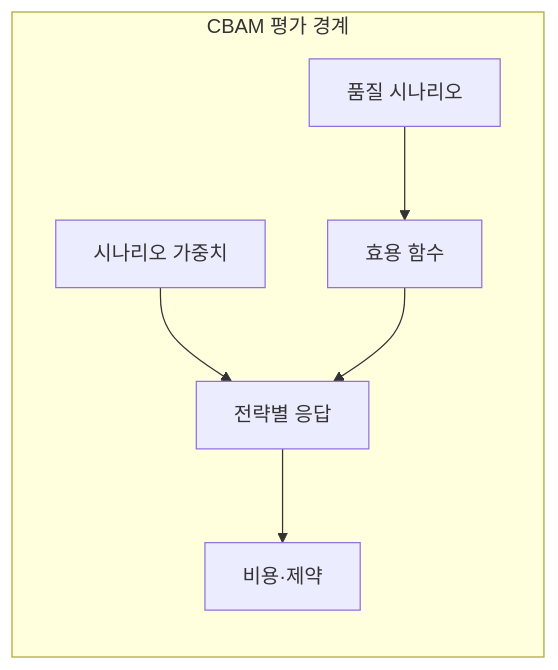
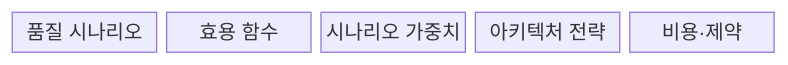
Before and after one commit to agnusdei1207/knowledge-base: the first of 2 diagrams in src/content/docs/notes/03-software/072_cbam.md, drawn with Mermaid. The commit also changed other lines of this file and 20 other files, not shown here.

````diff
--- a/src/content/docs/notes/03-software/072_cbam.md
+++ b/src/content/docs/notes/03-software/072_cbam.md
@@ -58,9 +56,9 @@
 ```mermaid
-flowchart LR
-    subgraph B[CBAM 평가 경계]
-        Q["품질 시나리오"] --> U["효용 함수"]
-        W["시나리오 가중치"] --> R["전략별 응답"]
-        U --> R
-        R --> C["비용·제약"]
-    end
+block
+  columns 5
+  Q["품질 시나리오"]
+  U["효용 함수"]
+  W["시나리오 가중치"]
+  A["아키텍처 전략"]
+  C["비용·제약"]
 ```
````
